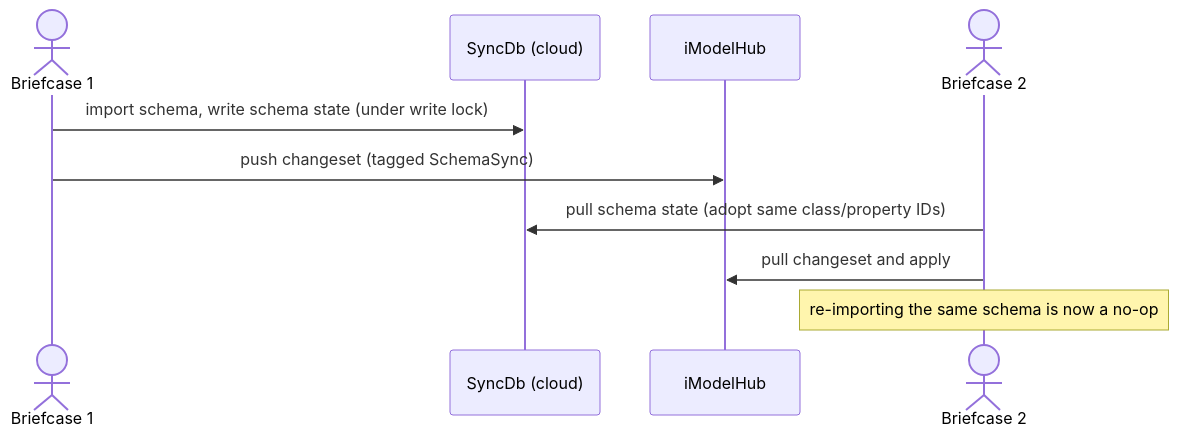
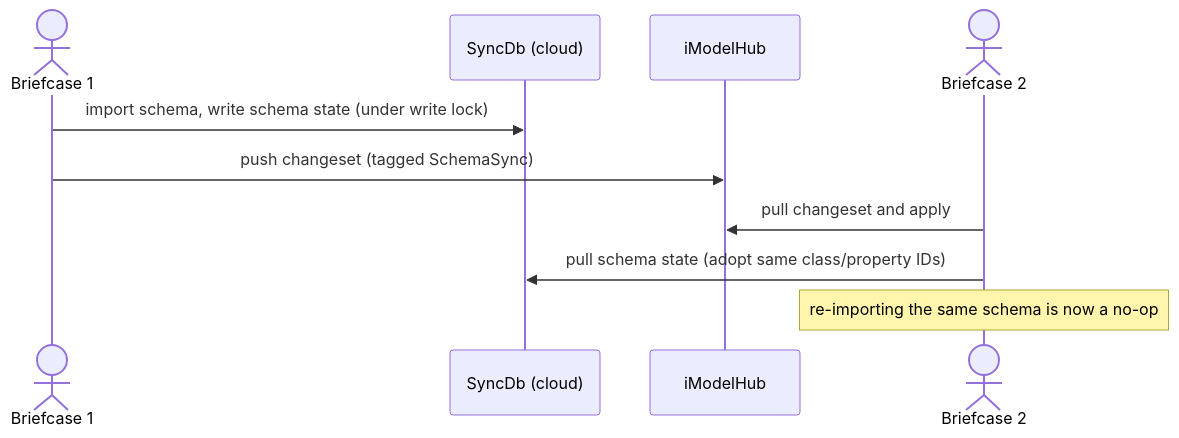
The diagram in docs/learning/backend/SchemaSync.md (iTwin/itwinjs-core), drawn with Mermaid before and after one commit. The commit also changed other lines of this file, not shown here.

Commit message:
Potential fix for pull request finding

````diff
--- a/docs/learning/backend/SchemaSync.md
+++ b/docs/learning/backend/SchemaSync.md
@@ -31,13 +31,13 @@
 ```mermaid
 sequenceDiagram
     actor b1 as Briefcase 1
     participant sync as SyncDb (cloud)
     participant hub as iModelHub
     actor b2 as Briefcase 2
 
     b1->>sync: import schema, write schema state (under write lock)
     b1->>hub: push changeset (tagged SchemaSync)
+    b2->>hub: pull changeset and apply
     b2->>sync: pull schema state (adopt same class/property IDs)
-    b2->>hub: pull changeset and apply
     Note over b2: re-importing the same schema is now a no-op
 ```
````
